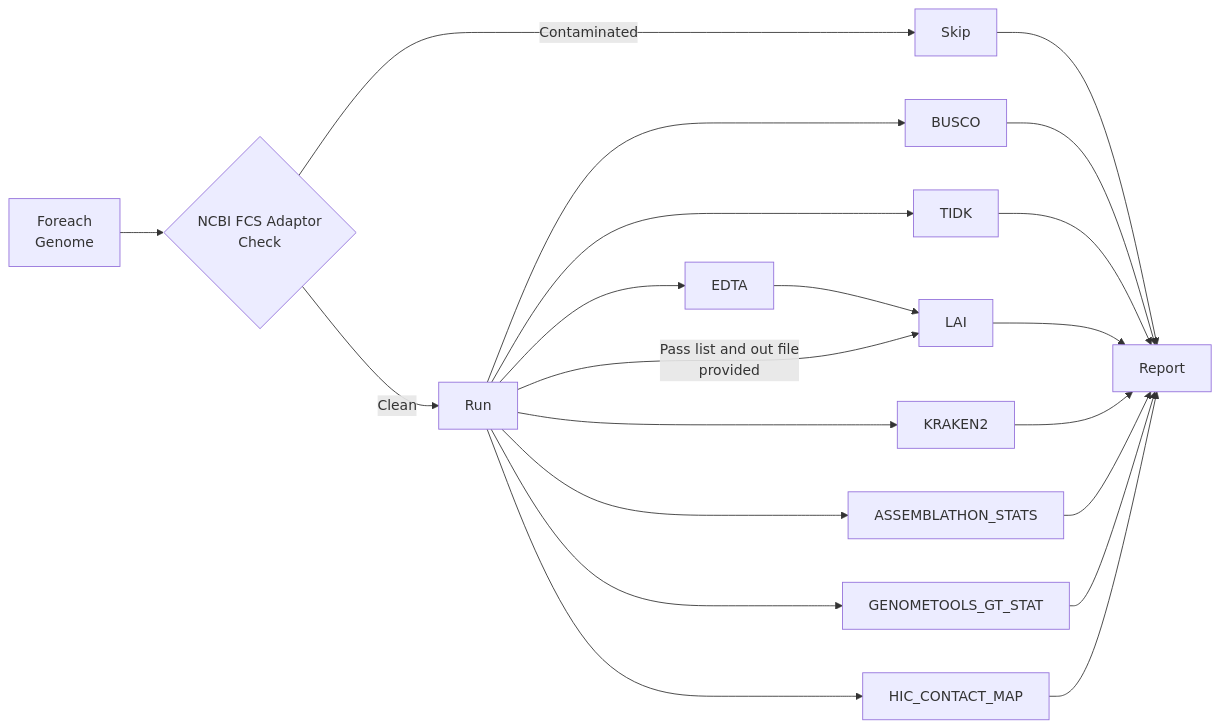
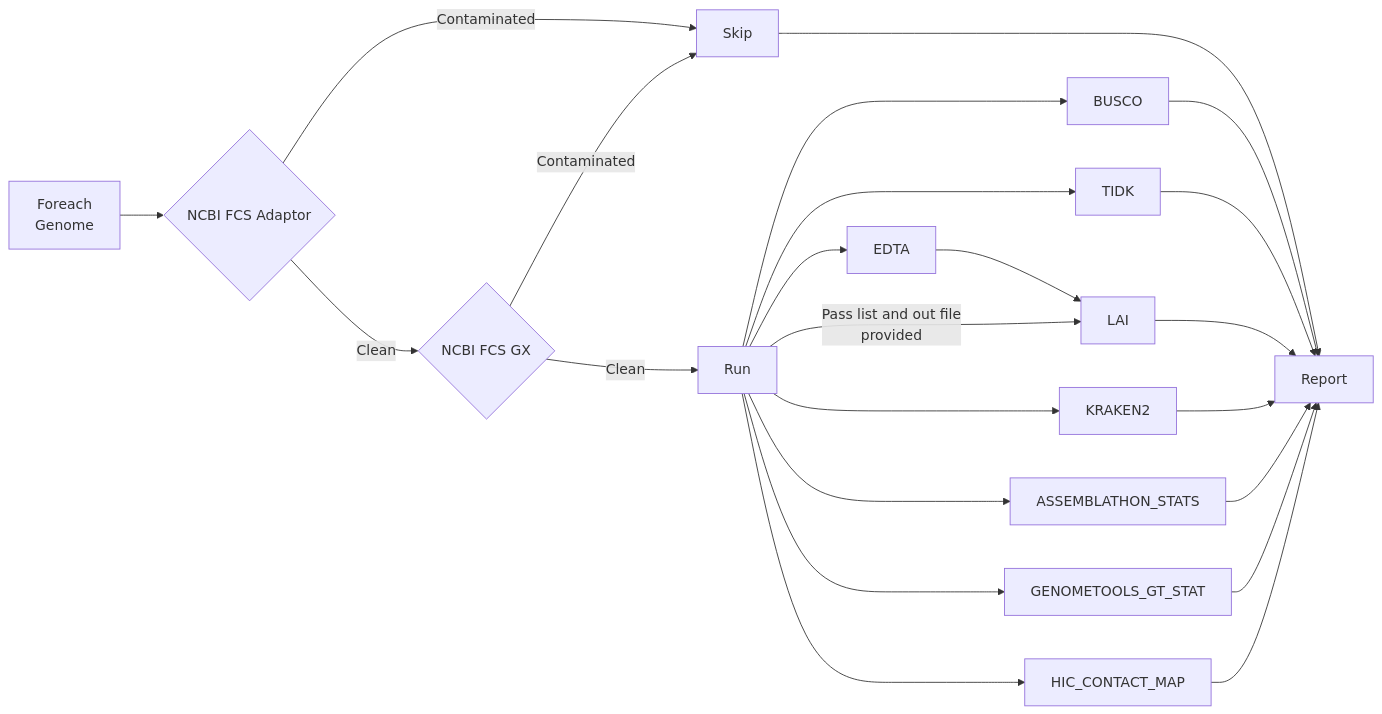
The diagram in README.md (Plant-Food-Research-Open/assemblyqc), drawn with Mermaid before and after one commit. The commit also changed other lines of this file and 1 other file, not shown here.

````diff
--- a/README.md
+++ b/README.md
@@ -26,27 +26,30 @@
 ```mermaid
 flowchart LR
-  forEachHap[Foreach\nGenome] --> ncbiFCS{NCBI FCS Adaptor\nCheck}
+  forEachHap[Foreach\nGenome] --> ncbiFCS{NCBI FCS Adaptor}
   ncbiFCS --> |Contaminated|Skip[Skip]
-  ncbiFCS --> |Clean|Run
+  ncbiFCS --> |Clean|ncbiGX{NCBI FCS GX}
+
+  ncbiGX --> |Contaminated|Skip[Skip]
+  ncbiGX --> |Clean|Run
 
   Skip --> Report
   
   Run --> BUSCO
   Run --> TIDK
   Run --> EDTA
   EDTA --> LAI
   Run --> |Pass list and out file\nprovided|LAI
   Run --> KRAKEN2
   Run --> ASS_STATS[ASSEMBLATHON_STATS]
   Run --> GFF_STATS[GENOMETOOLS_GT_STAT]
   Run --> HIC_CONTACT_MAP
 
 
   BUSCO --> Report
   TIDK --> Report
   LAI --> Report
   KRAKEN2 --> Report
   ASS_STATS --> Report
   GFF_STATS --> Report
   HIC_CONTACT_MAP --> Report
 ```
````
